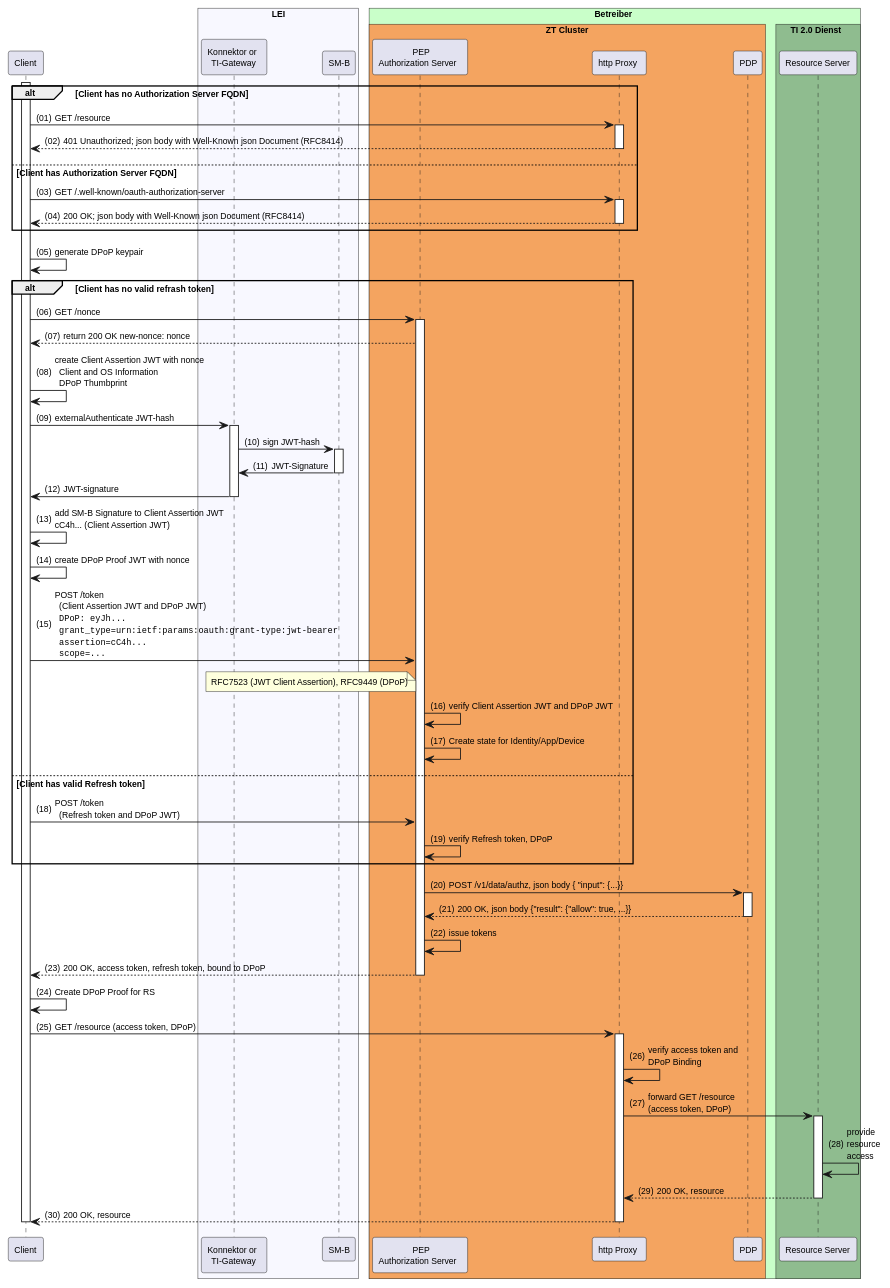
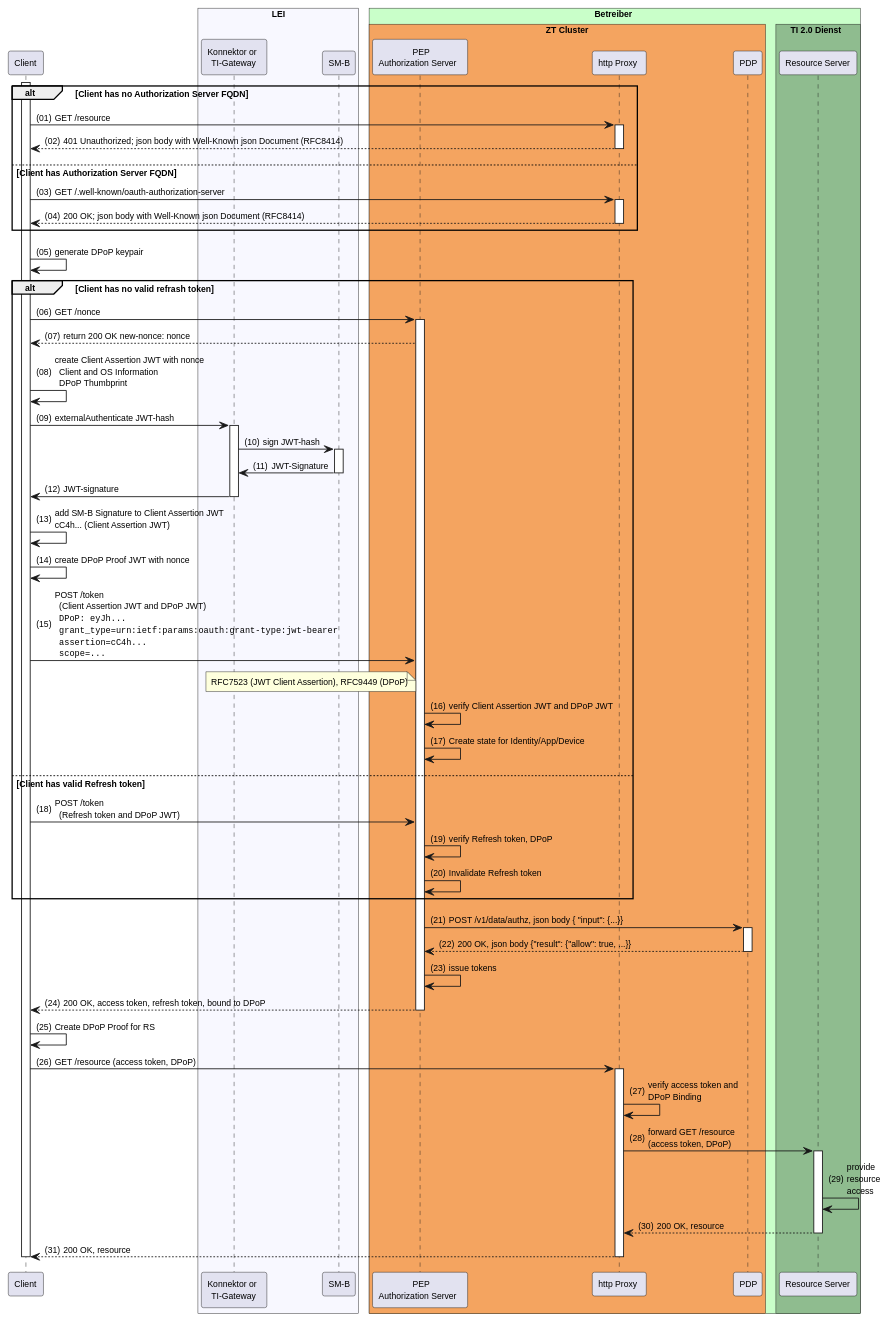
Before and after one commit to gematik/spec-t20r: the diagram in src/plantuml/sm-b-auth.puml, drawn with PlantUML.

```diff
--- a/src/plantuml/sm-b-auth.puml
+++ b/src/plantuml/sm-b-auth.puml
@@ -1,100 +1,101 @@
 @startuml "SM-B_Auth_with_DPoP"
 autonumber "(00)"
 skinparam defaultFontSize 10
 skinparam defaultFontName Helvetica
 skinparam DefaultMonospacedFontName Courier
 skinparam lengthAdjust none
 
 !pragma teoz true
 
 participant Client
 box "LEI" #GhostWhite
     participant Konnektor as "Konnektor or\nTI-Gateway"
     participant SMB as "SM-B"
 end box
 
 box "Betreiber" #TECHNOLOGY
     box "ZT Cluster" #SandyBrown
         participant AuthS as "PEP\nAuthorization Server" 
         participant HP as "http Proxy"
         participant PDP as "PDP"
     endbox
     box TI 2.0 Dienst #DarkSeaGreen
         participant RS as "Resource Server"
     endbox
 end box
 
 activate Client
 alt Client has no Authorization Server FQDN
     Client -> HP: GET /resource
     activate HP
     HP --> Client: 401 Unauthorized; json body with Well-Known json Document (RFC8414)
     deactivate HP
 else Client has Authorization Server FQDN
     Client -> HP: GET /.well-known/oauth-authorization-server 
     activate HP
     HP --> Client: 200 OK; json body with Well-Known json Document (RFC8414)
     deactivate HP
 end
 
 Client -> Client: generate DPoP keypair
 alt Client has no valid refrash token
 Client -> AuthS: GET /nonce
 activate AuthS
 AuthS --> Client: return 200 OK new-nonce: nonce
 Client -> Client: create Client Assertion JWT with nonce\n  Client and OS Information\n  DPoP Thumbprint
 Client -> Konnektor: externalAuthenticate JWT-hash
 activate Konnektor
 Konnektor -> SMB: sign JWT-hash
 activate SMB
 SMB -> Konnektor: JWT-Signature
 deactivate SMB
 Konnektor -> Client: JWT-signature
 deactivate Konnektor
 
 Client -> Client: add SM-B Signature to Client Assertion JWT\n\
 cC4h... (Client Assertion JWT)
 Client -> Client: create DPoP Proof JWT with nonce
 Client -> AuthS: POST /token\n\
   (Client Assertion JWT and DPoP JWT)\n\
   ""DPoP: eyJh...""\n\
   ""grant_type=urn:ietf:params:oauth:grant-type:jwt-bearer""\n\
   ""assertion=cC4h...""\n\
   ""scope=...""
 note left of AuthS
   RFC7523 (JWT Client Assertion), RFC9449 (DPoP)
 end note
 AuthS -> AuthS: verify Client Assertion JWT and DPoP JWT
 AuthS -> AuthS: Create state for Identity/App/Device
 else Client has valid Refresh token
 Client -> AuthS: POST /token\n\
   (Refresh token and DPoP JWT)
 AuthS -> AuthS: verify Refresh token, DPoP
+AuthS -> AuthS: Invalidate Refresh token
 end
 
 AuthS -> PDP: POST /v1/data/authz, json body {  "input": {...}} 
 activate PDP
 PDP --> AuthS: 200 OK, json body {"result": {"allow": true, ...}}
 deactivate PDP
 AuthS -> AuthS: issue tokens
 AuthS --> Client: 200 OK, access token, refresh token, bound to DPoP
 deactivate AuthS
 Client -> Client: Create DPoP Proof for RS
 
 Client -> HP: GET /resource (access token, DPoP)
 activate HP
 HP -> HP: verify access token and\nDPoP Binding
 HP -> RS: forward GET /resource\n\
 (access token, DPoP)
 activate RS
 RS -> RS: provide\n\
 resource\n\
 access
 RS --> HP: 200 OK, resource
 deactivate RS
 HP --> Client: 200 OK, resource
 deactivate HP
 deactivate RS
 deactivate Client
 
 @enduml
```
